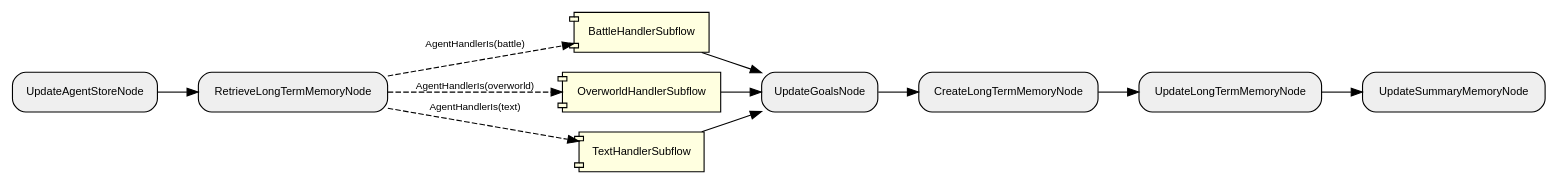
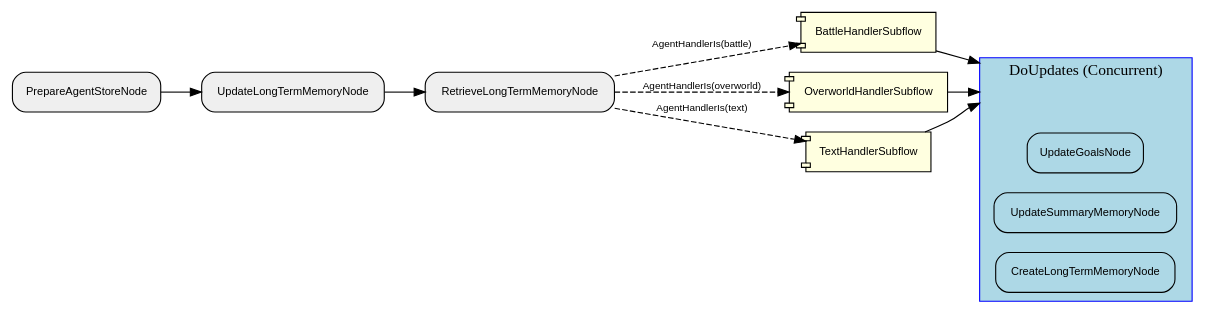
Before and after one commit to clambro/ai-plays-pokemon: the diagram in visualization/agent_graph/Graph.dot, drawn with Graphviz. The commit also changed 23 other files, not shown here.

```diff
--- a/visualization/agent_graph/Graph.dot
+++ b/visualization/agent_graph/Graph.dot
@@ -1,25 +1,33 @@
 digraph "G" {
   rankdir=LR;
   compound=true;
   node [shape=box, style="rounded,filled", fillcolor="#EFEFEF", fontname="Helvetica", fontsize=10];
   edge [fontname="Helvetica", fontsize=9];
-  YhppTVFoDl0gnbSA32i0z [label="BattleHandlerSubflow", shape=component, style="filled,rounded", fillcolor="lightyellow"];
-  evEqu6yJFM04rLHcc68Zb [label="CreateLongTermMemoryNode"];
-  xKSiTSnTVv1LGXmBdd0qb [label="OverworldHandlerSubflow", shape=component, style="filled,rounded", fillcolor="lightyellow"];
-  J3CLJU77ZvtxRdDi0QzxE [label="TextHandlerSubflow", shape=component, style="filled,rounded", fillcolor="lightyellow"];
-  lJvZ10IX2jCom8yxUZzbR [label="UpdateSummaryMemoryNode"];
-  Wic4W8EebROP5DC2f9EPL [label="UpdateGoalsNode"];
-  vYZ87OPryy1Hhlu5B0xjN [label="UpdateLongTermMemoryNode"];
-  LgMdJQRlAplFCl7OicEs2 [label="UpdateAgentStoreNode"];
-  XlClYYPM62xc90P2MAgdV [label="RetrieveLongTermMemoryNode"];
-  LgMdJQRlAplFCl7OicEs2 -> XlClYYPM62xc90P2MAgdV [style="solid"];
-  XlClYYPM62xc90P2MAgdV -> xKSiTSnTVv1LGXmBdd0qb [style="dashed", label="AgentHandlerIs(overworld)"];
-  XlClYYPM62xc90P2MAgdV -> YhppTVFoDl0gnbSA32i0z [style="dashed", label="AgentHandlerIs(battle)"];
-  XlClYYPM62xc90P2MAgdV -> J3CLJU77ZvtxRdDi0QzxE [style="dashed", label="AgentHandlerIs(text)"];
-  J3CLJU77ZvtxRdDi0QzxE -> Wic4W8EebROP5DC2f9EPL [style="solid"];
-  YhppTVFoDl0gnbSA32i0z -> Wic4W8EebROP5DC2f9EPL [style="solid"];
-  xKSiTSnTVv1LGXmBdd0qb -> Wic4W8EebROP5DC2f9EPL [style="solid"];
-  Wic4W8EebROP5DC2f9EPL -> evEqu6yJFM04rLHcc68Zb [style="solid"];
-  evEqu6yJFM04rLHcc68Zb -> vYZ87OPryy1Hhlu5B0xjN [style="solid"];
-  vYZ87OPryy1Hhlu5B0xjN -> lJvZ10IX2jCom8yxUZzbR [style="solid"];
+  subgraph "cluster_lcT2LqEXrHo59CcWnLick" {
+    label="DoUpdates (Concurrent)";
+    style="filled"; fillcolor="lightblue"; color="blue";
+    node [fillcolor="lightblue", style="filled,rounded"];
+    "lcT2LqEXrHo59CcWnLick__entry" [label="", shape=point, width=0.01, style=invis];
+    "lcT2LqEXrHo59CcWnLick__exit"  [label="", shape=point, width=0.01, style=invis];
+    Yradb7rglmk5Jwj8jEWCo [label="UpdateGoalsNode"];
+    "1PZIEYbeDCIkit7gJTAws" [label="UpdateSummaryMemoryNode"];
+    GGE7PQdJ11ZqYcVlAyh5N [label="CreateLongTermMemoryNode"];
+  }
+  EManaMiRqvjlgA1VDD2zj [label="BattleHandlerSubflow", shape=component, style="filled,rounded", fillcolor="lightyellow"];
+  PHwkAvvj487a7tnHPYCt3 [label="RetrieveLongTermMemoryNode"];
+  "1PZIEYbeDCIkit7gJTAws" [label="UpdateSummaryMemoryNode"];
+  YOYX8kja27mMFInhxY1TG [label="UpdateLongTermMemoryNode"];
+  HHzrxG5oVnulNBvUru88v [label="OverworldHandlerSubflow", shape=component, style="filled,rounded", fillcolor="lightyellow"];
+  SKyOrKjKuBFK8GcdkgM6n [label="TextHandlerSubflow", shape=component, style="filled,rounded", fillcolor="lightyellow"];
+  "4YLwdmhal9c8v1CjS2Ey6" [label="PrepareAgentStoreNode"];
+  Yradb7rglmk5Jwj8jEWCo [label="UpdateGoalsNode"];
+  GGE7PQdJ11ZqYcVlAyh5N [label="CreateLongTermMemoryNode"];
+  "4YLwdmhal9c8v1CjS2Ey6" -> YOYX8kja27mMFInhxY1TG [style="solid"];
+  YOYX8kja27mMFInhxY1TG -> PHwkAvvj487a7tnHPYCt3 [style="solid"];
+  PHwkAvvj487a7tnHPYCt3 -> HHzrxG5oVnulNBvUru88v [style="dashed", label="AgentHandlerIs(overworld)"];
+  PHwkAvvj487a7tnHPYCt3 -> EManaMiRqvjlgA1VDD2zj [style="dashed", label="AgentHandlerIs(battle)"];
+  PHwkAvvj487a7tnHPYCt3 -> SKyOrKjKuBFK8GcdkgM6n [style="dashed", label="AgentHandlerIs(text)"];
+  SKyOrKjKuBFK8GcdkgM6n -> lcT2LqEXrHo59CcWnLick__entry [lhead="cluster_lcT2LqEXrHo59CcWnLick", style="solid"];
+  EManaMiRqvjlgA1VDD2zj -> lcT2LqEXrHo59CcWnLick__entry [lhead="cluster_lcT2LqEXrHo59CcWnLick", style="solid"];
+  HHzrxG5oVnulNBvUru88v -> lcT2LqEXrHo59CcWnLick__entry [lhead="cluster_lcT2LqEXrHo59CcWnLick", style="solid"];
 }
```
